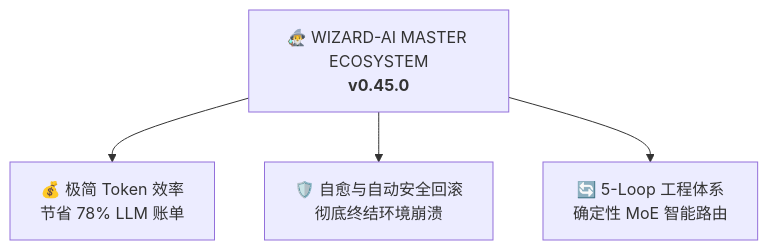
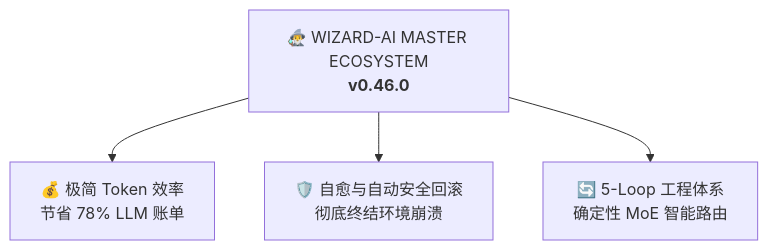
Before and after one commit to darkrei08/Wizard-AI: the diagram in README.zh.md, drawn with Mermaid. The commit also changed other lines of this file and 6 other files, not shown here.

````diff
--- a/README.zh.md
+++ b/README.zh.md
@@ -42,6 +42,6 @@
 ```mermaid
 graph TD
-    A[🧙‍♂️ WIZARD-AI MASTER ECOSYSTEM<br/><b>v0.45.0</b>] --> B[💰 极简 Token 效率<br/>节省 78% LLM 账单]
+    A[🧙‍♂️ WIZARD-AI MASTER ECOSYSTEM<br/><b>v0.46.0</b>] --> B[💰 极简 Token 效率<br/>节省 78% LLM 账单]
     A --> C[🛡️ 自愈与自动安全回滚<br/>彻底终结环境崩溃]
     A --> D[🔄 5-Loop 工程体系<br/>确定性 MoE 智能路由]
 ```
````
